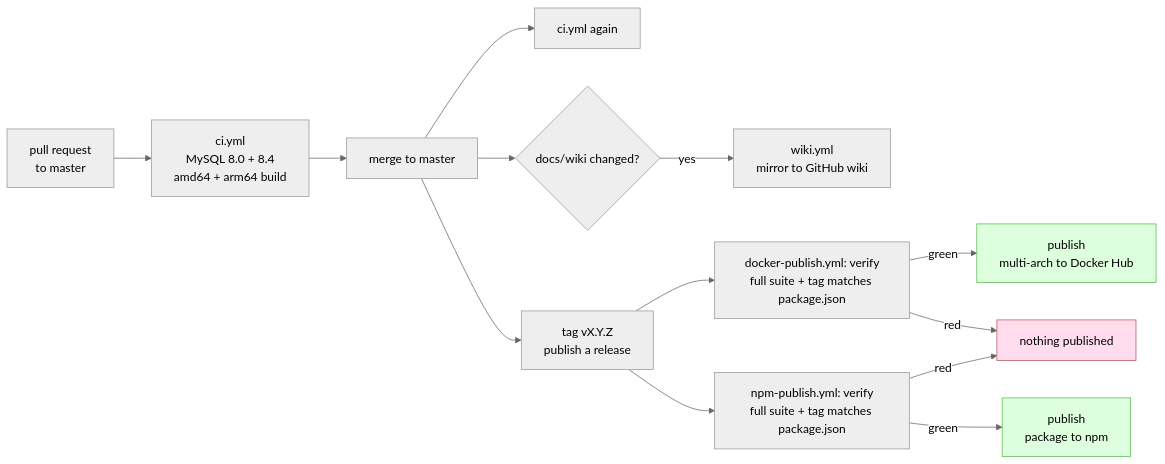
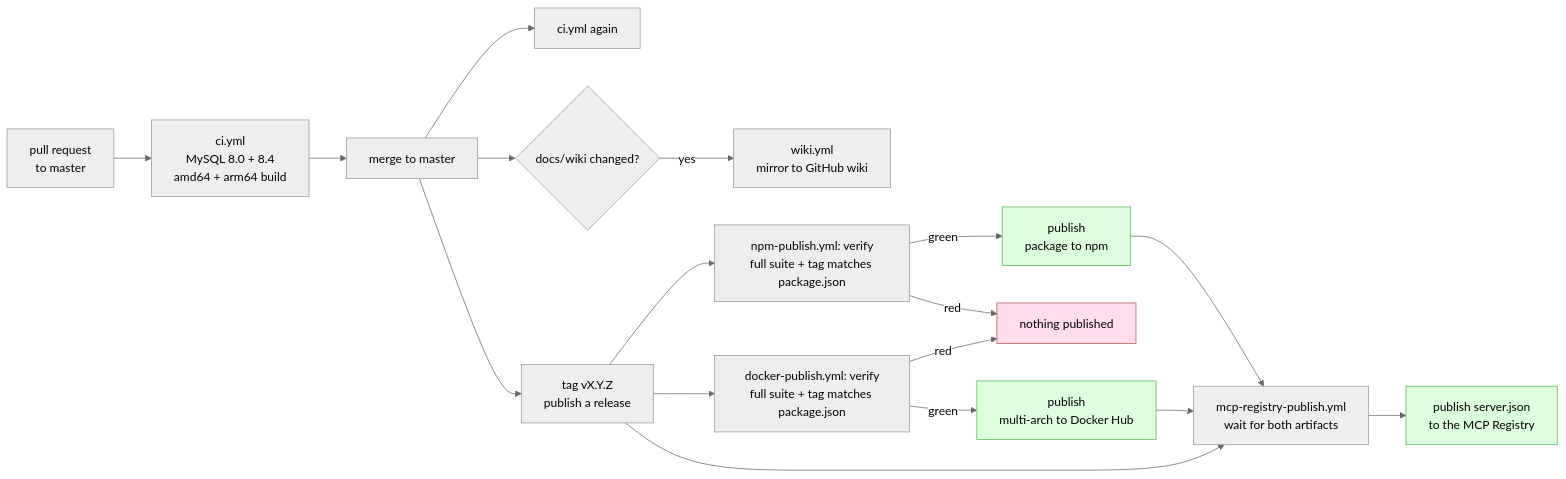
The diagram in docs/wiki/Release-Process.md (shibbirweb/mcp-mysql-read-only), drawn with Mermaid (neutral theme) before and after one commit. The commit also changed other lines of this file and 8 other files, not shown here.

````diff
--- a/docs/wiki/Release-Process.md
+++ b/docs/wiki/Release-Process.md
@@ -14,19 +17,24 @@
 ```mermaid
 flowchart LR
     PR["pull request<br/>to master"] --> CI1["ci.yml<br/>MySQL 8.0 + 8.4<br/>amd64 + arm64 build"]
     CI1 --> MERGE["merge to master"]
     MERGE --> CI2["ci.yml again"]
     MERGE --> WIKI{"docs/wiki changed?"}
     WIKI -->|"yes"| PUB["wiki.yml<br/>mirror to GitHub wiki"]
     MERGE --> TAG["tag vX.Y.Z<br/>publish a release"]
     TAG --> VER["docker-publish.yml: verify<br/>full suite + tag matches package.json"]
     TAG --> VERN["npm-publish.yml: verify<br/>full suite + tag matches package.json"]
     VER -->|"green"| PUSH["publish<br/>multi-arch to Docker Hub"]
     VER -->|"red"| STOP["nothing published"]
     VERN -->|"green"| PUSHN["publish<br/>package to npm"]
     VERN -->|"red"| STOP
+    TAG --> MCPW["mcp-registry-publish.yml<br/>wait for both artifacts"]
+    PUSH --> MCPW
+    PUSHN --> MCPW
+    MCPW --> MCP["publish server.json<br/>to the MCP Registry"]
 
     style STOP fill:#fde,stroke:#b55
     style PUSH fill:#dfd,stroke:#5b5
     style PUSHN fill:#dfd,stroke:#5b5
+    style MCP fill:#dfd,stroke:#5b5
 ```
````
